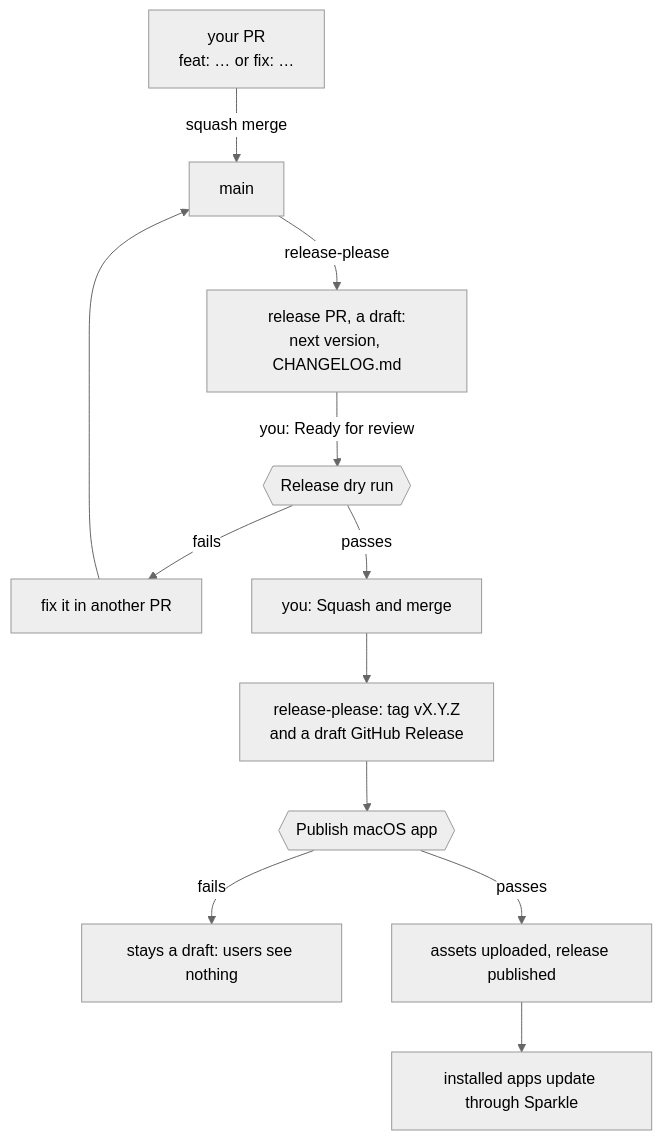
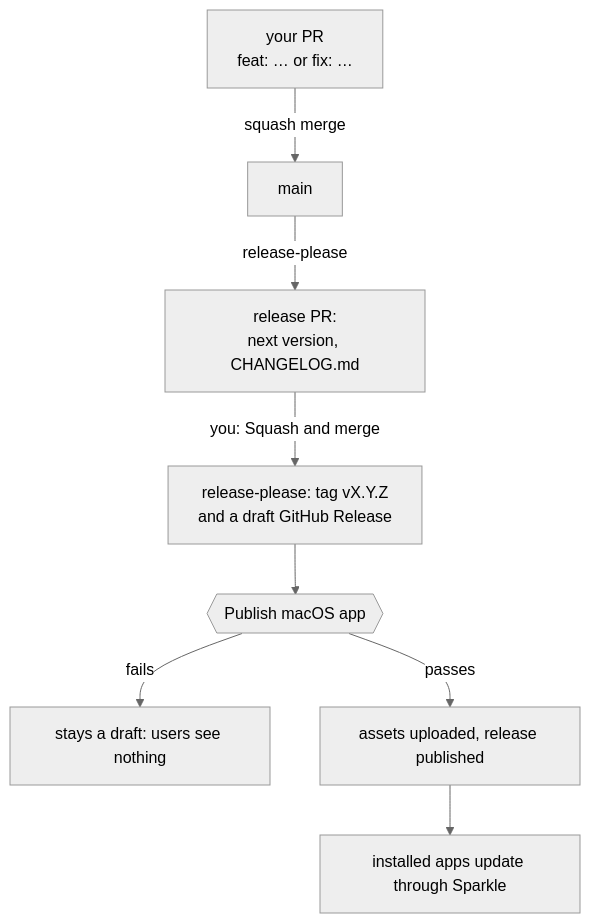
Before and after one commit to chengzi-io/macos-swiftui-spm-template: the first of 3 diagrams in docs/RELEASING.md, drawn with Mermaid (neutral theme). The commit also changed other lines of this file and 11 other files, not shown here.

First line of the commit message:
ci(release): drop the release dry run

````diff
--- a/docs/RELEASING.md
+++ b/docs/RELEASING.md
@@ -5,14 +5,10 @@
 ```mermaid
 flowchart TD
     pr["your PR<br/>feat: … or fix: …"] -->|squash merge| main["main"]
-    main -->|release-please| rpr["release PR, a draft:<br/>next version, CHANGELOG.md"]
-    rpr -->|"you: Ready for review"| dry{{"Release dry run"}}
-    dry -->|fails| fix["fix it in another PR"]
-    fix --> main
-    dry -->|passes| merge["you: Squash and merge"]
-    merge --> tag["release-please: tag vX.Y.Z<br/>and a draft GitHub Release"]
+    main -->|release-please| rpr["release PR:<br/>next version, CHANGELOG.md"]
+    rpr -->|"you: Squash and merge"| tag["release-please: tag vX.Y.Z<br/>and a draft GitHub Release"]
     tag --> job{{"Publish macOS app"}}
     job -->|fails| hidden["stays a draft: users see nothing"]
     job -->|passes| live["assets uploaded, release published"]
     live --> users["installed apps update through Sparkle"]
 ```
````
